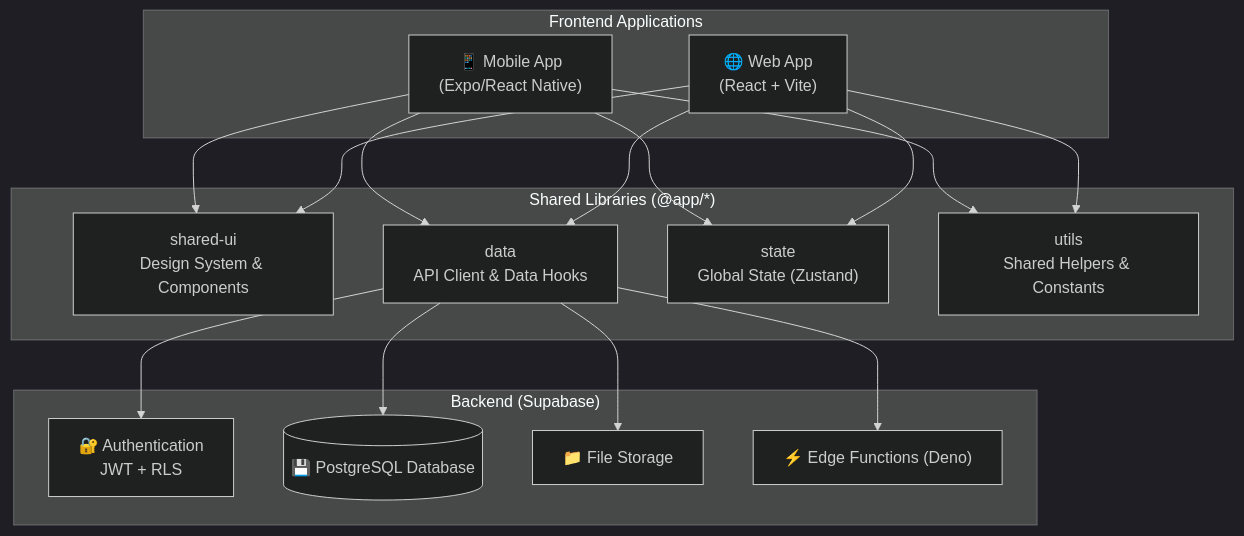
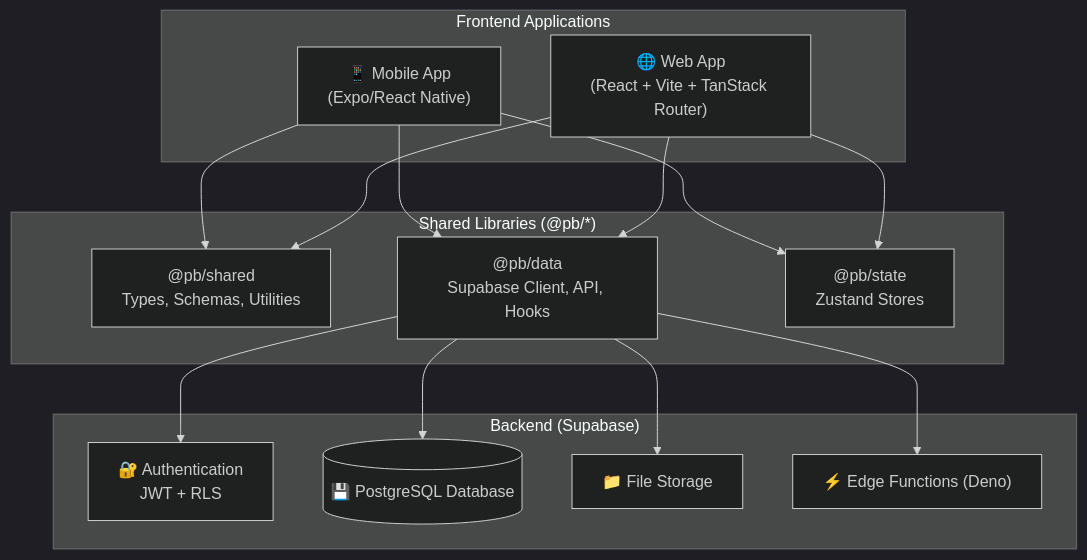
Before and after one commit to willbnu/Product-Blueprint: the second of 2 diagrams in README.md, drawn with Mermaid (dark theme). The commit also changed other lines of this file and 37 other files, not shown here.

First line of the commit message:
feat: migrate to TanStack Router and add shared libraries (#39)

````diff
--- a/README.md
+++ b/README.md
@@ -98,25 +98,24 @@
 ```mermaid
 graph TB
     subgraph "Frontend Applications"
         Mobile["📱 Mobile App<br/>(Expo/React Native)"]
-        Web["🌐 Web App<br/>(React + Vite)"]
+        Web["🌐 Web App<br/>(React + Vite + TanStack Router)"]
     end
 
-    subgraph "Shared Libraries (@app/*)"
-        UI["shared-ui<br/>Design System & Components"]
-        Data["data<br/>API Client & Data Hooks"]
-        State["state<br/>Global State (Zustand)"]
-        Utils["utils<br/>Shared Helpers & Constants"]
+    subgraph "Shared Libraries (@pb/*)"
+        Shared["@pb/shared<br/>Types, Schemas, Utilities"]
+        Data["@pb/data<br/>Supabase Client, API, Hooks"]
+        State["@pb/state<br/>Zustand Stores"]
     end
 
     subgraph "Backend (Supabase)"
         Auth["🔐 Authentication<br/>JWT + RLS"]
         DB[("💾 PostgreSQL Database")]
         Storage["📁 File Storage"]
         Edge["⚡ Edge Functions (Deno)"]
     end
 
-    Mobile --> UI; Mobile --> Data; Mobile --> State; Mobile --> Utils;
-    Web --> UI; Web --> Data; Web --> State; Web --> Utils;
+    Mobile --> Shared; Mobile --> Data; Mobile --> State;
+    Web --> Shared; Web --> Data; Web --> State;
     Data --> Auth; Data --> DB; Data --> Storage; Data --> Edge;
 ```
````
